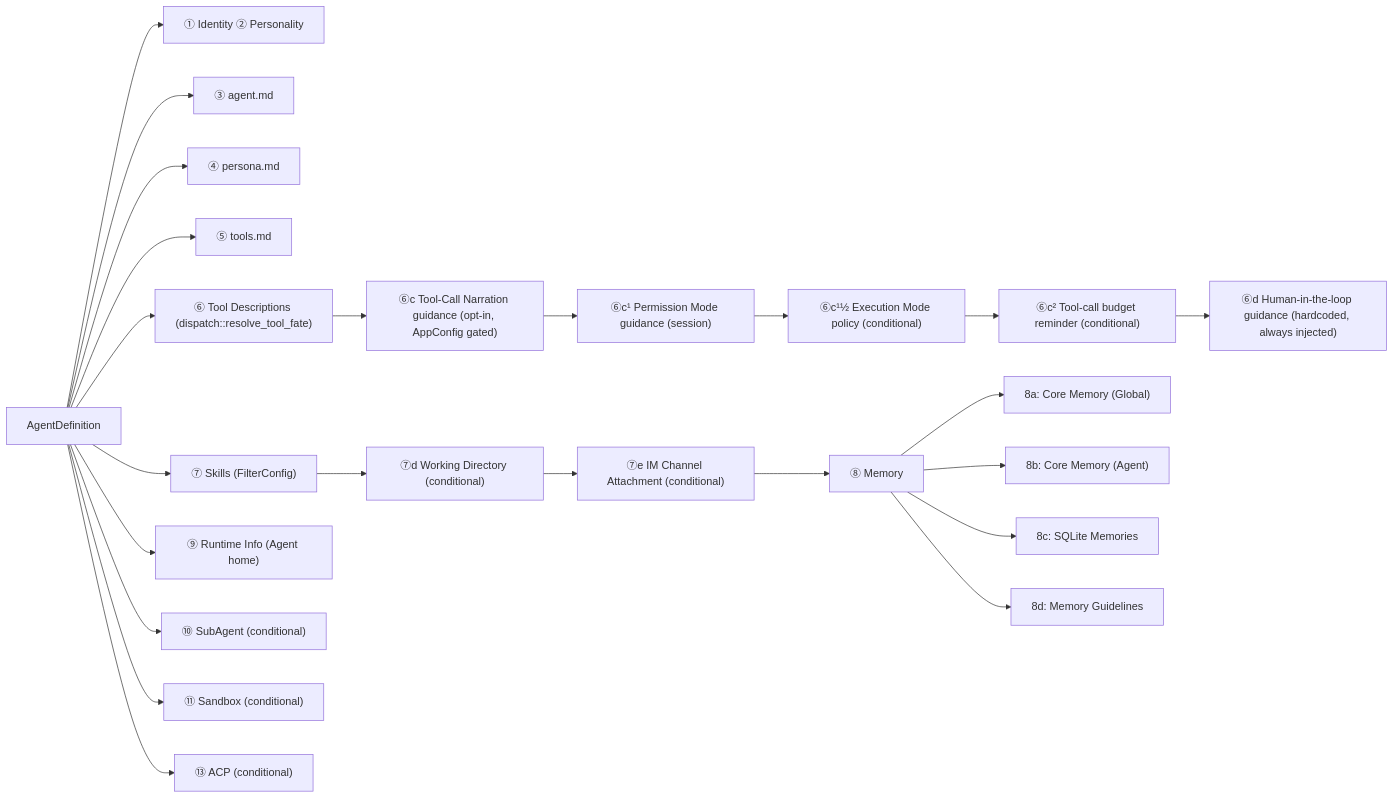
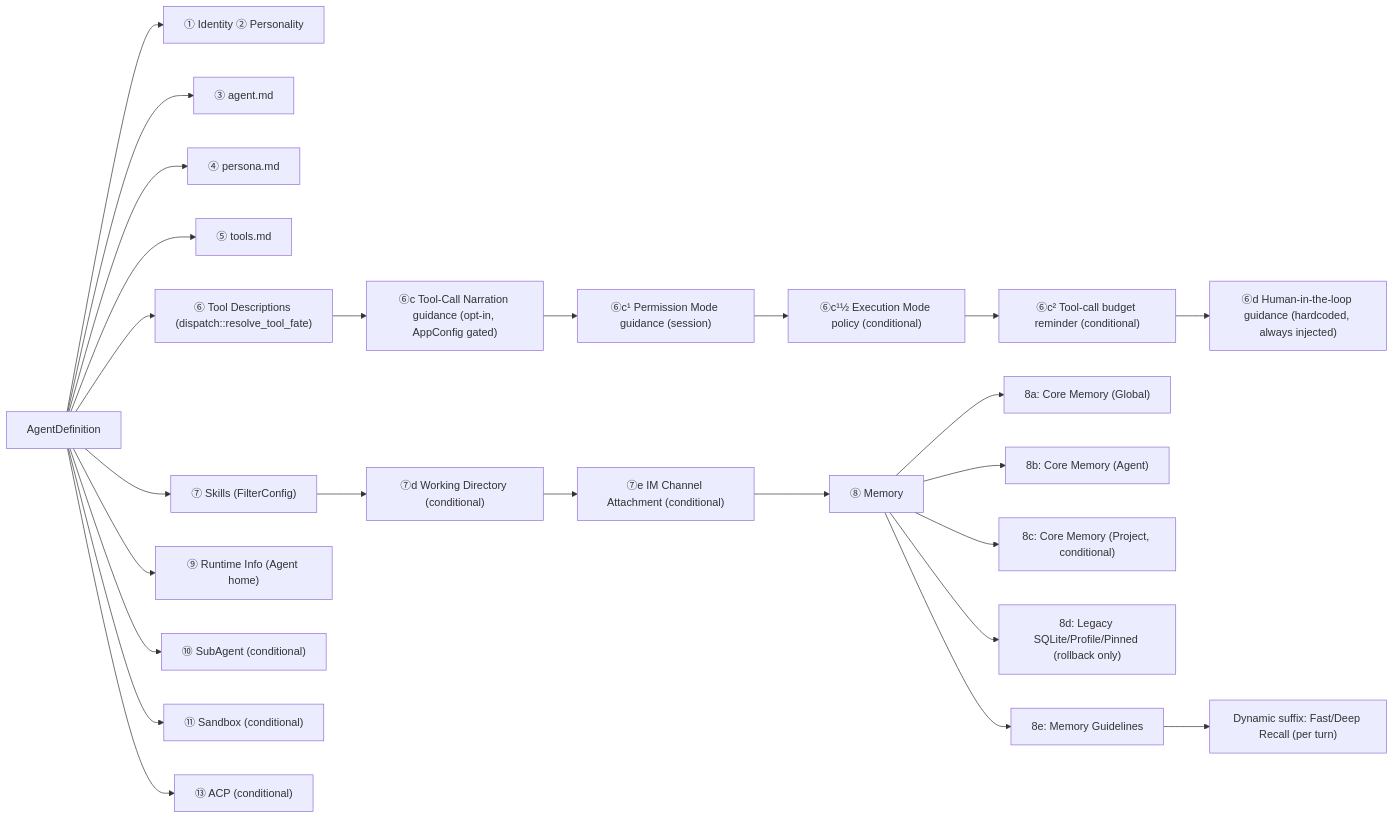
The third of 3 diagrams in docs/architecture/prompt-system.md (shiwenwen/hope-agent), drawn with Mermaid before and after one commit. The commit also changed other lines of this file and 8 other files, not shown here.

````diff
--- a/docs/architecture/prompt-system.md
+++ b/docs/architecture/prompt-system.md
@@ -93,26 +93,28 @@
 ```mermaid
 graph LR
     AD["AgentDefinition"] --> S1["① Identity ② Personality"]
     AD --> S3["③ agent.md"]
     AD --> S4["④ persona.md"]
     AD --> S5["⑤ tools.md"]
     AD --> S6["⑥ Tool Descriptions (dispatch::resolve_tool_fate)"]
     S6 --> S6b["⑥c Tool-Call Narration guidance (opt-in, AppConfig gated)"]
     S6b --> S6c["⑥c¹ Permission Mode guidance (session)"]
     S6c --> S6d["⑥c¹½ Execution Mode policy (conditional)"]
     S6d --> S6e["⑥c² Tool-call budget reminder (conditional)"]
     S6e --> S6f["⑥d Human-in-the-loop guidance (hardcoded, always injected)"]
     AD --> S7["⑦ Skills (FilterConfig)"]
     S7 --> S7d["⑦d Working Directory (conditional)"]
     S7d --> S7e["⑦e IM Channel Attachment (conditional)"]
     S7e --> S8["⑧ Memory"]
     S8 --> S8a["8a: Core Memory (Global)"]
     S8 --> S8b["8b: Core Memory (Agent)"]
-    S8 --> S8c["8c: SQLite Memories"]
-    S8 --> S8d["8d: Memory Guidelines"]
+    S8 --> S8p["8c: Core Memory (Project, conditional)"]
+    S8 --> S8c["8d: Legacy SQLite/Profile/Pinned (rollback only)"]
+    S8 --> S8d["8e: Memory Guidelines"]
+    S8d --> SD["Dynamic suffix: Fast/Deep Recall (per turn)"]
     AD --> S9["⑨ Runtime Info (Agent home)"]
     AD --> S10["⑩ SubAgent (conditional)"]
     AD --> S11["⑪ Sandbox (conditional)"]
     AD --> S13["⑬ ACP (conditional)"]
 
 ```
````
